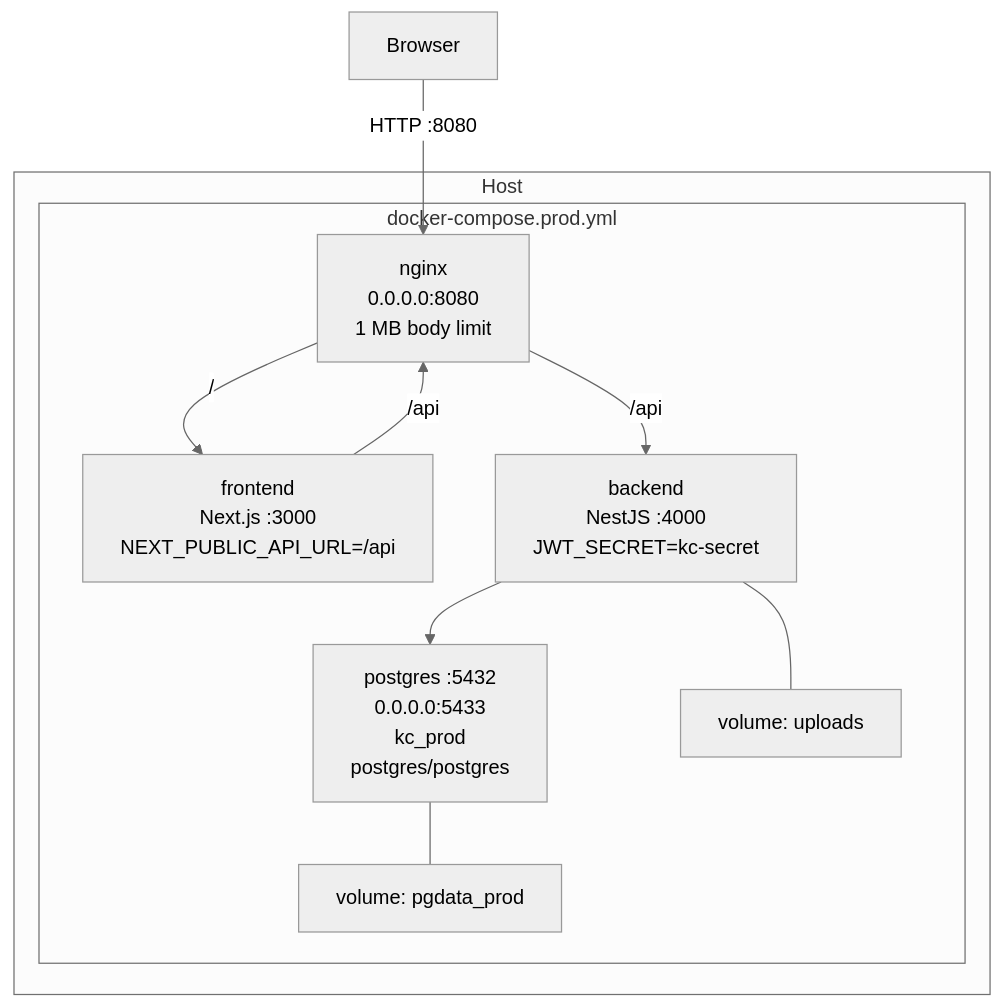
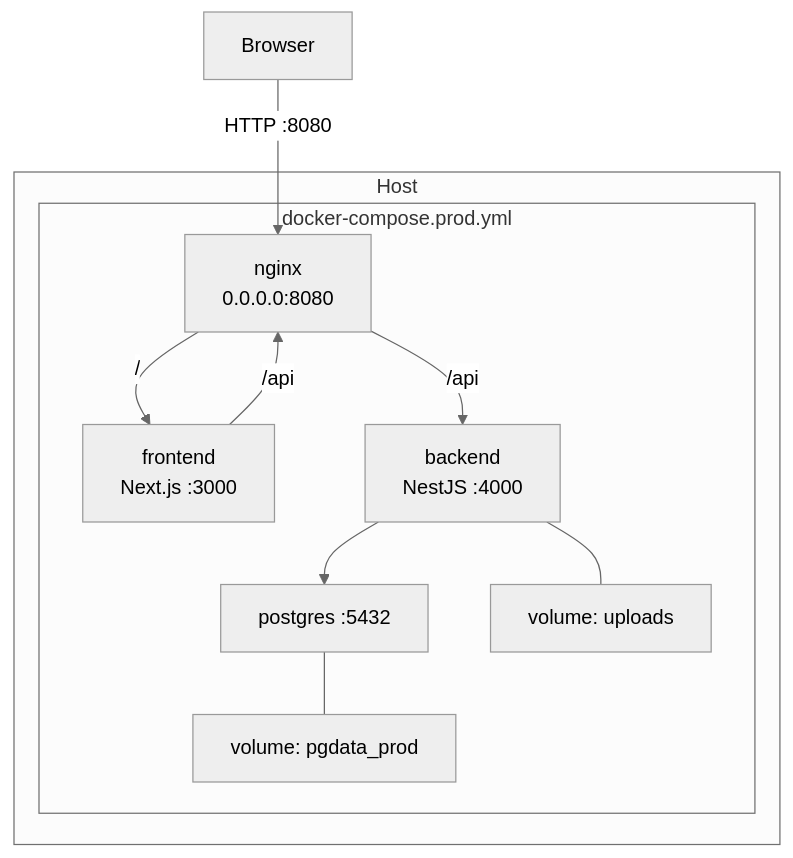
One commit to KLJr-Dev/KC-Project changed the second of 4 diagrams in docs/diagrams/infrastructure.md. Above: the diagram before and after it, drawn with Mermaid (neutral theme). The commit also changed other lines of this file and 34 other files, not shown here.

First line of the commit message:
docs: align architecture and roadmap with SoftDev v1.2.0 tip

````diff
--- a/docs/diagrams/infrastructure.md
+++ b/docs/diagrams/infrastructure.md
@@ -13,21 +50,21 @@
 ```mermaid
 flowchart TD
   subgraph host ["Host"]
     subgraph prod ["docker-compose.prod.yml"]
-      Nginx["nginx\n0.0.0.0:8080\n1 MB body limit"]
-      FE["frontend\nNext.js :3000\nNEXT_PUBLIC_API_URL=/api"]
-      BE["backend\nNestJS :4000\nJWT_SECRET=kc-secret"]
-      PG["postgres :5432\n0.0.0.0:5433\nkc_prod\npostgres/postgres"]
+      Nginx["nginx\n0.0.0.0:8080"]
+      FE["frontend\nNext.js :3000"]
+      BE["backend\nNestJS :4000"]
+      PG["postgres :5432"]
       UploadsVol["volume: uploads"]
       PGDataVol["volume: pgdata_prod"]
     end
   end
 
   Browser["Browser"] -->|"HTTP :8080"| Nginx
   Nginx -->|"/"| FE
   Nginx -->|"/api"| BE
   FE -->|"/api"| Nginx
   BE --> PG
   BE --- UploadsVol
   PG --- PGDataVol
 ```
````
